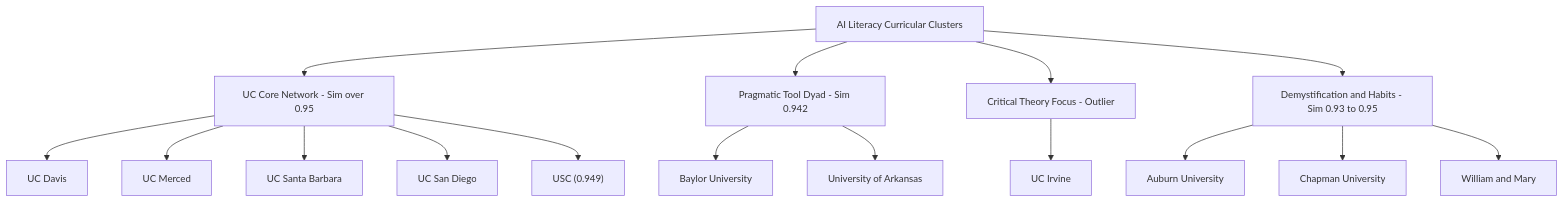
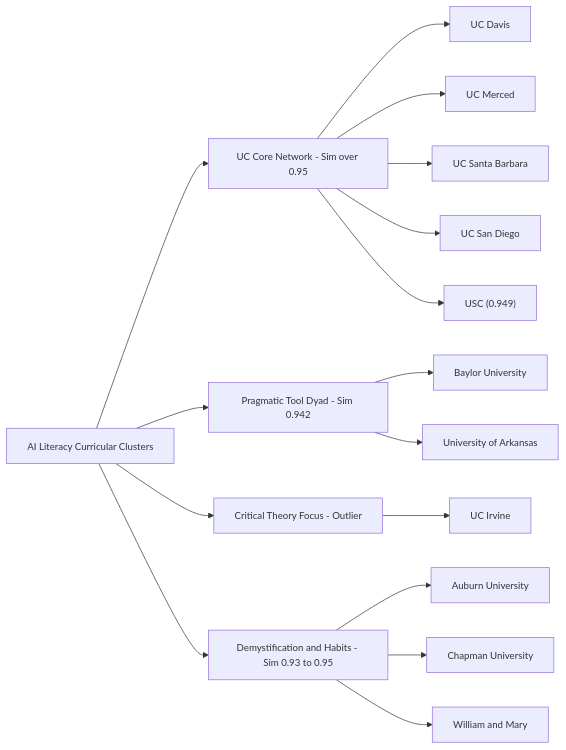
The diagram in chapters/06-similarity-clusters.qmd (UCSB-Library-Research-Data-Services/AI-Literacy), drawn with Mermaid before and after one commit. The commit also changed 2 other files, not shown here.

Commit message:
Update mermaid diagrams to use 'LR' flow direction for improved clarity and consistency

````diff
--- a/chapters/06-similarity-clusters.qmd
+++ b/chapters/06-similarity-clusters.qmd
@@ -51,26 +51,26 @@
 ```{mermaid}
 %%| fig-cap: "Institutional Alignment and Curricular Networks"
 %%{init: {'flowchart': {'htmlLabels': false}, 'themeVariables': {'fontSize': '14px'}}}%%
-flowchart TD
+flowchart LR
     ALL["AI Literacy Curricular Clusters"]
 
     ALL --> UC["UC Core Network - Sim over 0.95"]
     ALL --> TD["Pragmatic Tool Dyad - Sim 0.942"]
     ALL --> CO["Critical Theory Focus - Outlier"]
     ALL --> DH["Demystification and Habits - Sim 0.93 to 0.95"]
 
     UC --> U1["UC Davis"]
     UC --> U2["UC Merced"]
     UC --> U3["UC Santa Barbara"]
     UC --> U4["UC San Diego"]
     UC --> U5["USC (0.949)"]
 
     TD --> T1["Baylor University"]
     TD --> T2["University of Arkansas"]
 
     CO --> C1["UC Irvine"]
 
     DH --> D1["Auburn University"]
     DH --> D2["Chapman University"]
     DH --> D3["William and Mary"]
 ```
````
